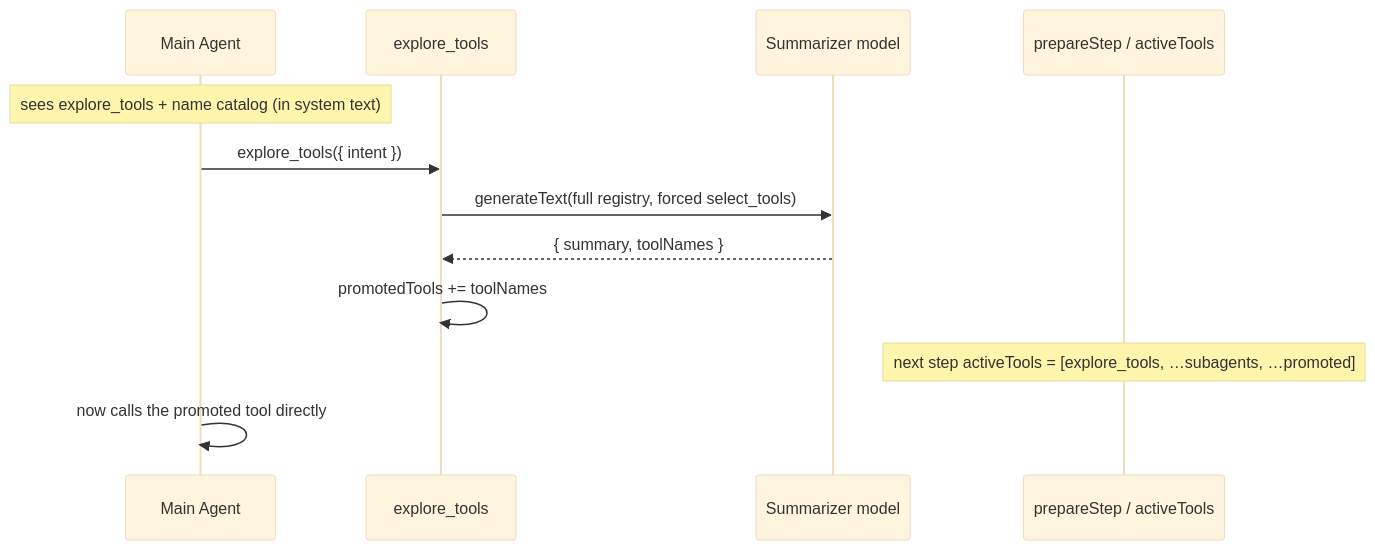
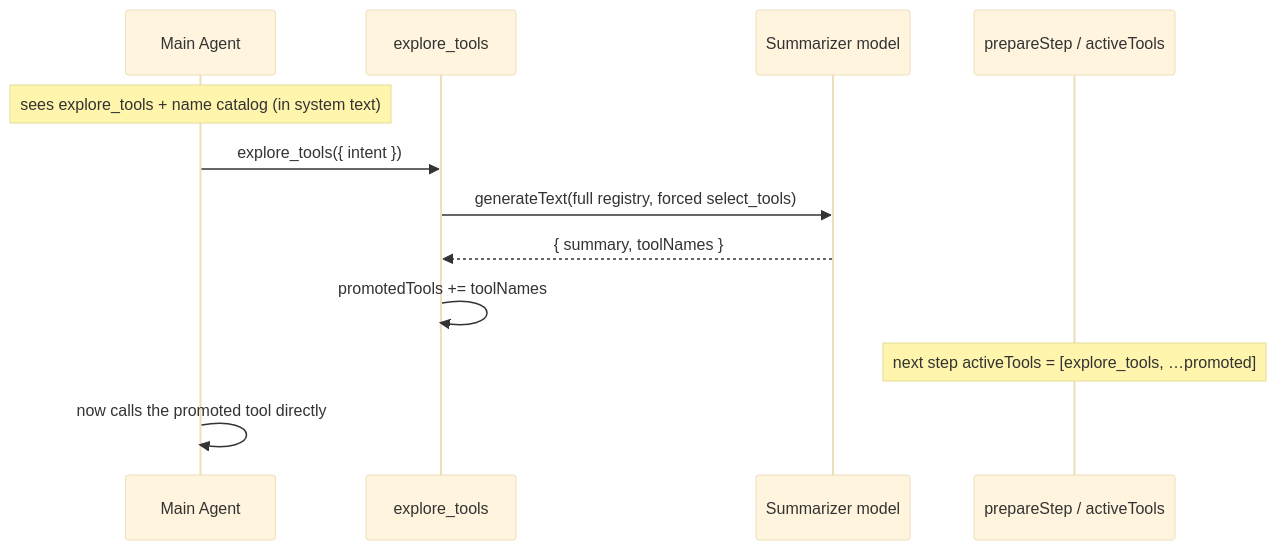
Before and after one commit to data-fair/agents: the diagram in docs/architecture/tool-exploration.md, drawn with Mermaid (base theme). The commit also changed other lines of this file and 696 other files, not shown here.

````diff
--- a/docs/architecture/tool-exploration.md
+++ b/docs/architecture/tool-exploration.md
@@ -5,15 +14,15 @@
 ```mermaid
 sequenceDiagram
   participant Asst as Main Agent
   participant Explore as explore_tools
   participant Sum as Summarizer model
   participant Step as prepareStep / activeTools
 
   Note over Asst: sees explore_tools + name catalog (in system text)
   Asst->>Explore: explore_tools({ intent })
   Explore->>Sum: generateText(full registry, forced select_tools)
   Sum-->>Explore: { summary, toolNames }
   Explore->>Explore: promotedTools += toolNames
-  Note over Step: next step activeTools = [explore_tools, …subagents, …promoted]
+  Note over Step: next step activeTools = [explore_tools, …promoted]
   Asst->>Asst: now calls the promoted tool directly
 ```
````
